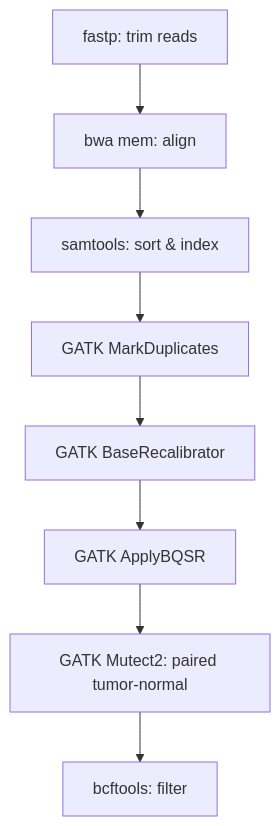
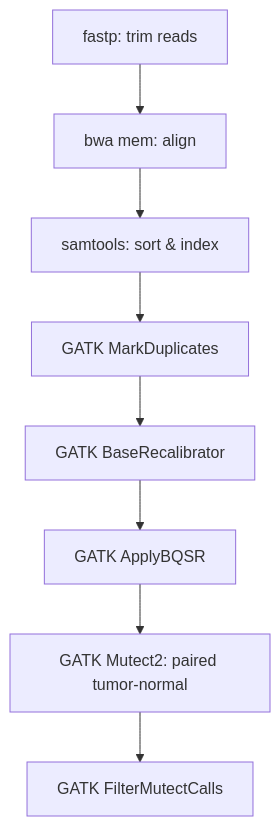
The diagram in docs/guide/src/tutorials/variant-calling.md (Traitome/oxo-flow), drawn with Mermaid before and after one commit. The commit also changed other lines of this file and 66 other files, not shown here.

````diff
--- a/docs/guide/src/tutorials/variant-calling.md
+++ b/docs/guide/src/tutorials/variant-calling.md
@@ -11,10 +11,10 @@
 ```mermaid
 graph TD
     A[fastp: trim reads] --> B[bwa mem: align]
     B --> C[samtools: sort & index]
     C --> D[GATK MarkDuplicates]
     D --> E[GATK BaseRecalibrator]
     E --> F[GATK ApplyBQSR]
     F --> G[GATK Mutect2: paired tumor-normal]
-    G --> H[bcftools: filter]
+    G --> H[GATK FilterMutectCalls]
 ```
````
